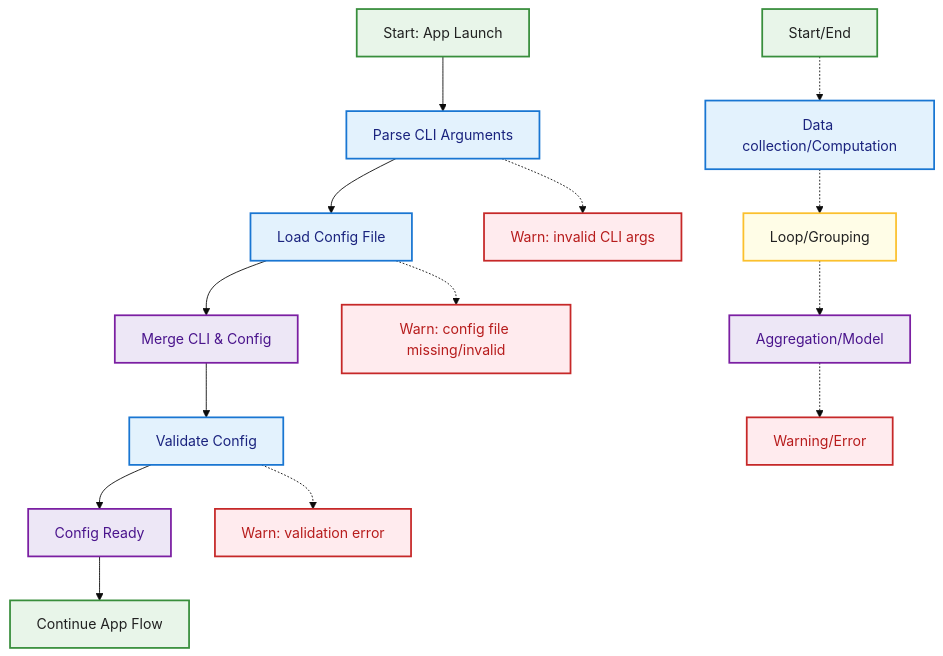
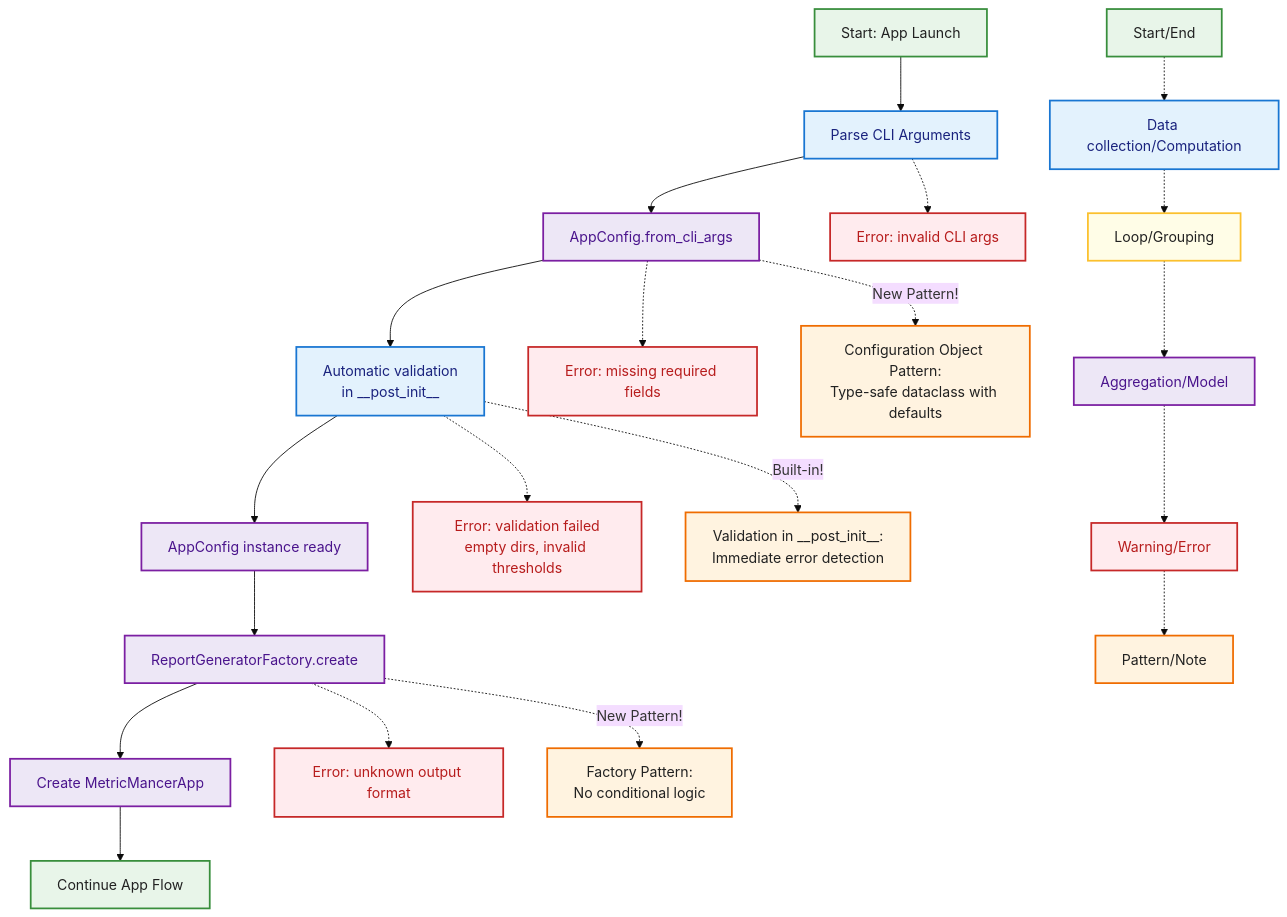
One commit to CmdrPrompt/MetricMancer changed the diagram in mermaid/10_config_cli_flow.md. Above: the diagram before and after it, drawn with Mermaid (base theme). The commit also changed other lines of this file and 30 other files, not shown here.

````diff
--- a/mermaid/10_config_cli_flow.md
+++ b/mermaid/10_config_cli_flow.md
@@ -5,40 +5,51 @@
 ```mermaid
 flowchart TD
 StartConfig[Start: App Launch]:::start
 StartConfig --> CLIArgs[Parse CLI Arguments]:::calc
-CLIArgs --> ConfigFile[Load Config File]:::calc
-ConfigFile --> Merge[Merge CLI & Config]:::agg
-Merge --> Validate[Validate Config]:::calc
-Validate --> ConfigOK[Config Ready]:::agg
-ConfigOK --> EndConfig[Continue App Flow]:::start
+CLIArgs --> CreateAppConfig[AppConfig.from_cli_args]:::agg
+CreateAppConfig --> AutoValidate[Automatic validation<br/>in __post_init__]:::calc
+AutoValidate --> ConfigOK[AppConfig instance ready]:::agg
+ConfigOK --> UseFactory[ReportGeneratorFactory.create]:::agg
+UseFactory --> CreateApp[Create MetricMancerApp]:::agg
+CreateApp --> EndConfig[Continue App Flow]:::start
 
 %% Edge cases
-ConfigFile -.-> WarnConfig[Warn: config file missing/invalid]:::warn
-CLIArgs -.-> WarnCLI[Warn: invalid CLI args]:::warn
-Validate -.-> WarnVal[Warn: validation error]:::warn
+CLIArgs -.-> WarnCLI[Error: invalid CLI args]:::warn
+CreateAppConfig -.-> WarnCreate[Error: missing required fields]:::warn
+AutoValidate -.-> WarnVal[Error: validation failed<br/>empty dirs, invalid thresholds]:::warn
+UseFactory -.-> WarnFactory[Error: unknown output format]:::warn
+
+%% New pattern highlights
+CreateAppConfig -.->|New Pattern!| PatternNote1[Configuration Object Pattern:<br/>Type-safe dataclass with defaults]:::note
+AutoValidate -.->|Built-in!| PatternNote2[Validation in __post_init__:<br/>Immediate error detection]:::note
+UseFactory -.->|New Pattern!| PatternNote3[Factory Pattern:<br/>No conditional logic]:::note
 
 %% Legend
 LegendStart[Start/End]:::start
 LegendCalc[Data collection/Computation]:::calc
 LegendLoop[Loop/Grouping]:::loop
 LegendAgg[Aggregation/Model]:::agg
 LegendWarn[Warning/Error]:::warn
+LegendNote[Pattern/Note]:::note
 
 LegendStart -.-> LegendCalc
 LegendCalc -.-> LegendLoop
 LegendLoop -.-> LegendAgg
 LegendAgg -.-> LegendWarn
+LegendWarn -.-> LegendNote
 
 classDef start fill:#e8f5e9,stroke:#388e3c,stroke-width:2px,color:#212121;
 classDef calc fill:#e3f2fd,stroke:#1976d2,stroke-width:2px,color:#1a237e;
 classDef loop fill:#fffde7,stroke:#fbc02d,stroke-width:2px,color:#212121;
 classDef agg fill:#ede7f6,stroke:#7b1fa2,stroke-width:2px,color:#4a148c;
 classDef warn fill:#ffebee,stroke:#c62828,stroke-width:2px,color:#b71c1c;
+classDef note fill:#fff3e0,stroke:#ef6c00,stroke-width:2px,color:#212121;
 
 class LegendStart start;
 class LegendCalc calc;
 class LegendLoop loop;
 class LegendAgg agg;
 class LegendWarn warn;
+class LegendNote note;
 
 ```
````
